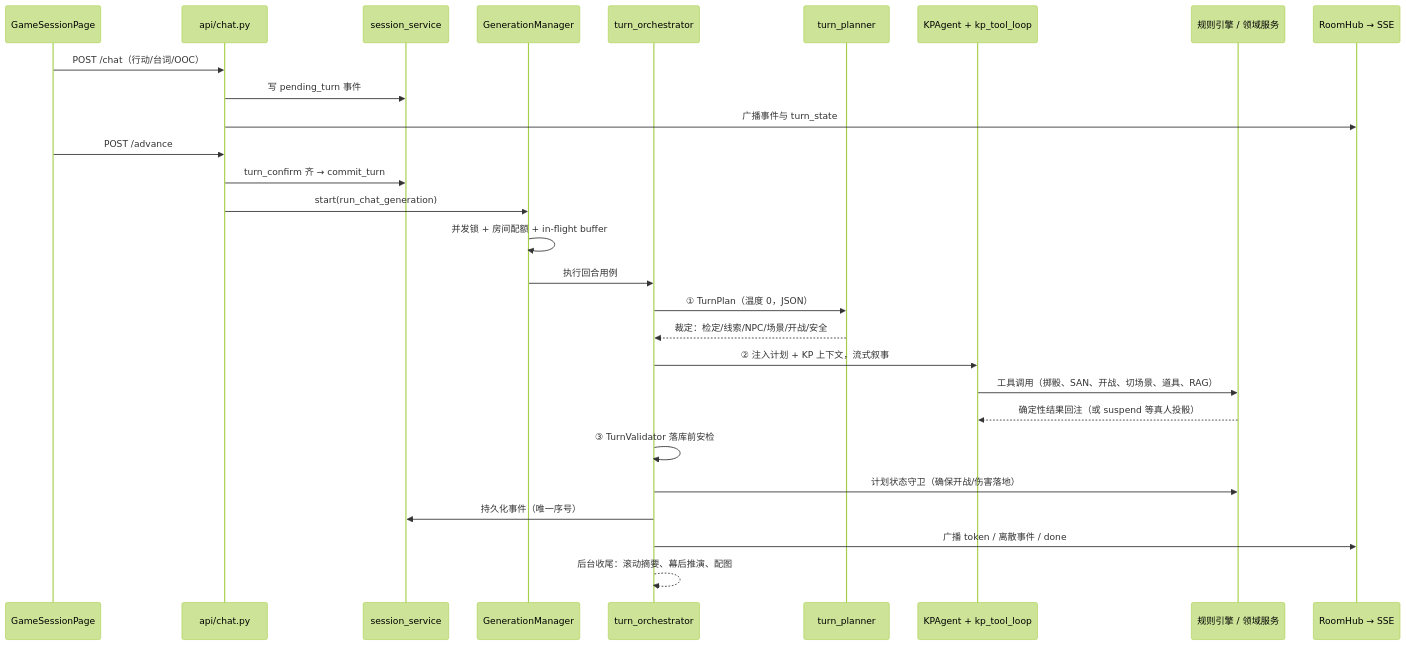
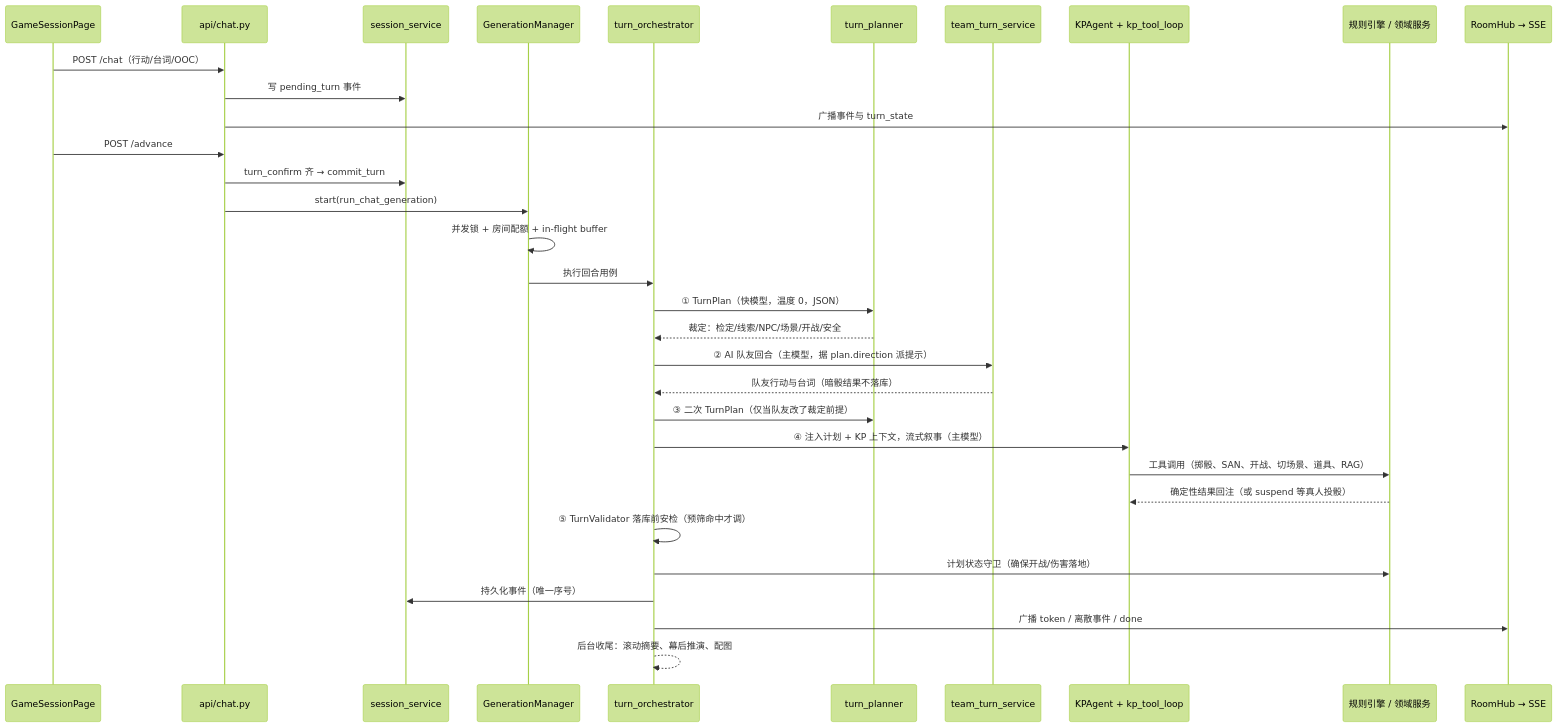
The second of 4 diagrams in DESIGN.md (jinziguan123/coc-player), drawn with Mermaid (forest theme) before and after one commit. The commit also changed other lines of this file, not shown here.

First line of the commit message:
DESIGN 加两张图：上下文怎么装进去，一轮发出去之后怎么跑

````diff
--- a/DESIGN.md
+++ b/DESIGN.md
@@ -345,31 +345,35 @@
 ```mermaid
 sequenceDiagram
     participant UI as GameSessionPage
     participant API as api/chat.py
     participant SS as session_service
     participant GM as GenerationManager
     participant TO as turn_orchestrator
     participant PL as turn_planner
+    participant TM as team_turn_service
     participant KP as KPAgent + kp_tool_loop
     participant RS as 规则引擎 / 领域服务
     participant Hub as RoomHub → SSE
 
     UI->>API: POST /chat（行动/台词/OOC）
     API->>SS: 写 pending_turn 事件
     API->>Hub: 广播事件与 turn_state
     UI->>API: POST /advance
     API->>SS: turn_confirm 齐 → commit_turn
     API->>GM: start(run_chat_generation)
     GM->>GM: 并发锁 + 房间配额 + in-flight buffer
     GM->>TO: 执行回合用例
-    TO->>PL: ① TurnPlan（温度 0，JSON）
+    TO->>PL: ① TurnPlan（快模型，温度 0，JSON）
     PL-->>TO: 裁定：检定/线索/NPC/场景/开战/安全
-    TO->>KP: ② 注入计划 + KP 上下文，流式叙事
+    TO->>TM: ② AI 队友回合（主模型，据 plan.direction 派提示）
+    TM-->>TO: 队友行动与台词（暗骰结果不落库）
+    TO->>PL: ③ 二次 TurnPlan（仅当队友改了裁定前提）
+    TO->>KP: ④ 注入计划 + KP 上下文，流式叙事（主模型）
     KP->>RS: 工具调用（掷骰、SAN、开战、切场景、道具、RAG）
     RS-->>KP: 确定性结果回注（或 suspend 等真人投骰）
-    TO->>TO: ③ TurnValidator 落库前安检
+    TO->>TO: ⑤ TurnValidator 落库前安检（预筛命中才调）
     TO->>RS: 计划状态守卫（确保开战/伤害落地）
     TO->>SS: 持久化事件（唯一序号）
     TO->>Hub: 广播 token / 离散事件 / done
     TO-->>TO: 后台收尾：滚动摘要、幕后推演、配图
 ```
````
